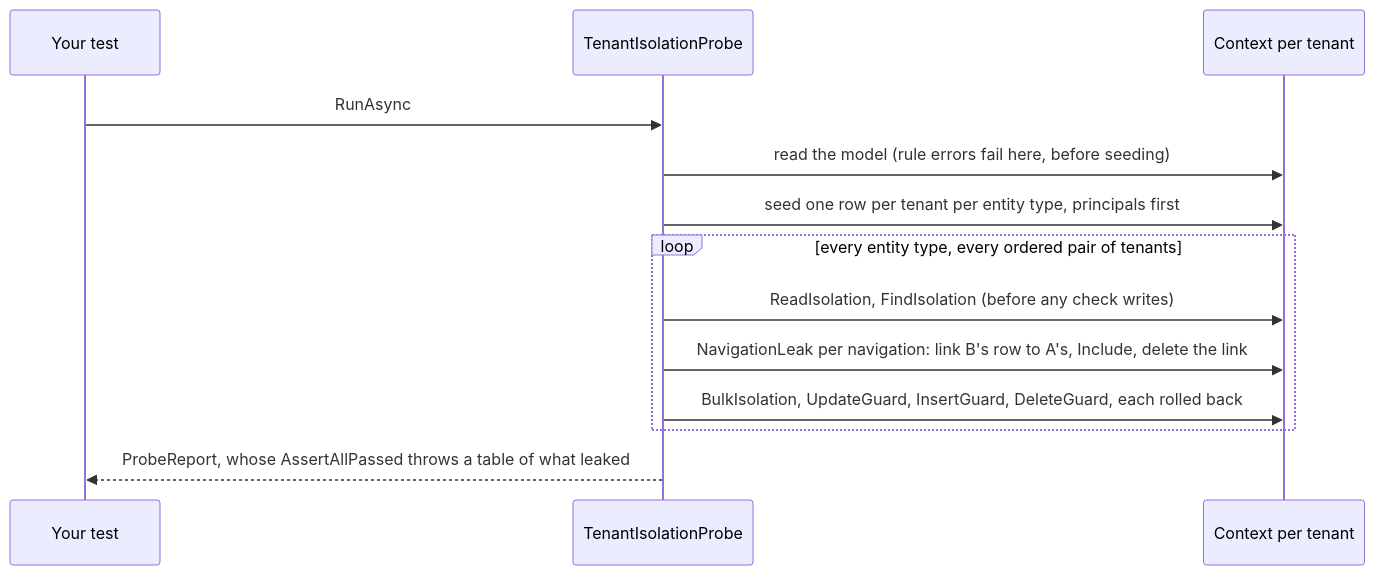
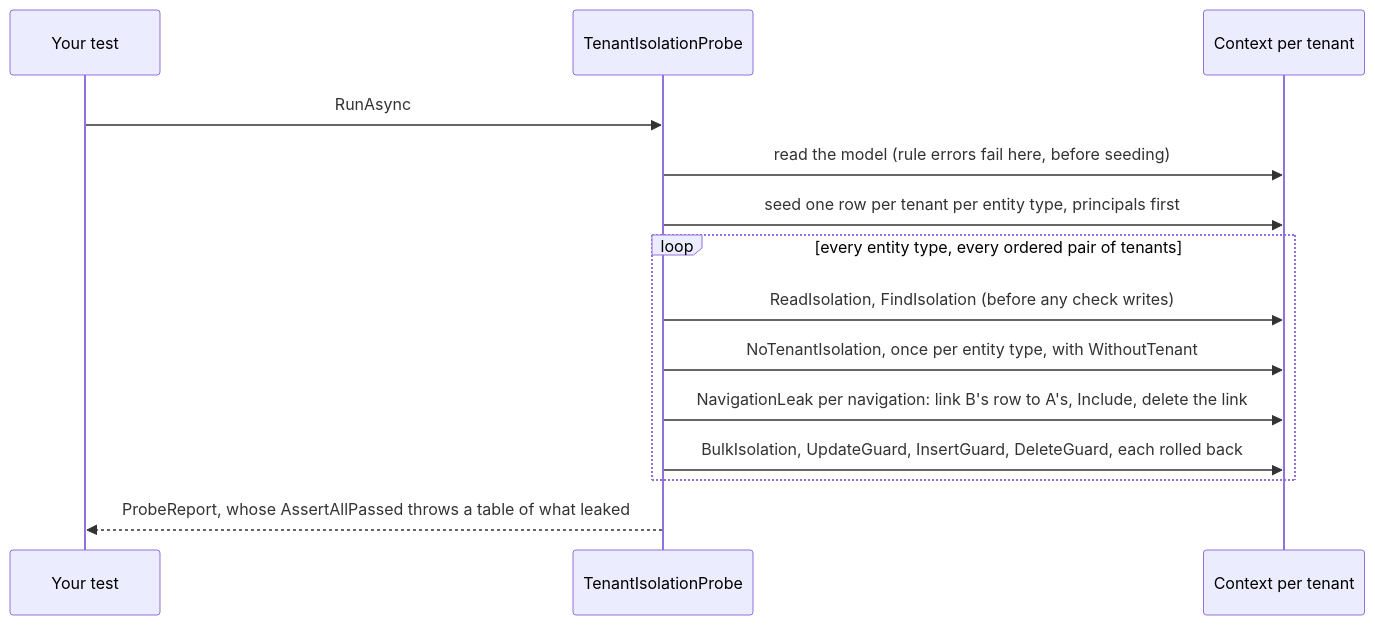
One commit to jimmykurian/tenantguard changed the fourth of 4 diagrams in docs/architecture/flows.md. Above: the diagram before and after it, drawn with Mermaid. The commit also changed other lines of this file and 6 other files, not shown here.

First line of the commit message:
docs(probe): specify probing a context with no tenant (#101)

````diff
--- a/docs/architecture/flows.md
+++ b/docs/architecture/flows.md
@@ -97,15 +98,16 @@
 ```mermaid
 sequenceDiagram
     participant Test as Your test
     participant Probe as TenantIsolationProbe
     participant Ctx as Context per tenant
     Test->>Probe: RunAsync
     Probe->>Ctx: read the model (rule errors fail here, before seeding)
     Probe->>Ctx: seed one row per tenant per entity type, principals first
     loop every entity type, every ordered pair of tenants
         Probe->>Ctx: ReadIsolation, FindIsolation (before any check writes)
+        Probe->>Ctx: NoTenantIsolation, once per entity type, with WithoutTenant
         Probe->>Ctx: NavigationLeak per navigation: link B's row to A's, Include, delete the link
         Probe->>Ctx: BulkIsolation, UpdateGuard, InsertGuard, DeleteGuard, each rolled back
     end
     Probe-->>Test: ProbeReport, whose AssertAllPassed throws a table of what leaked
 ```
````
